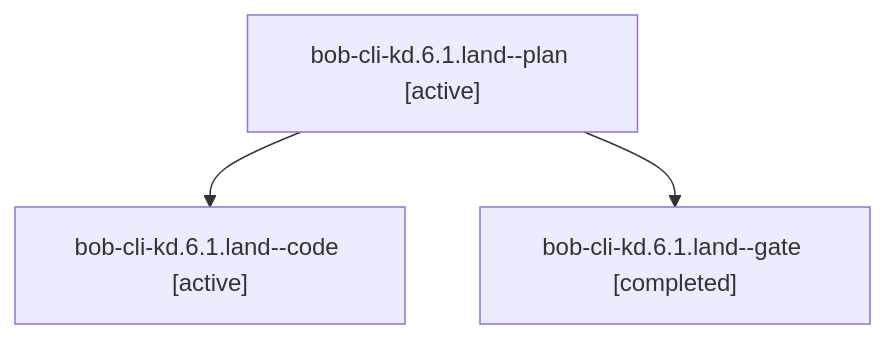
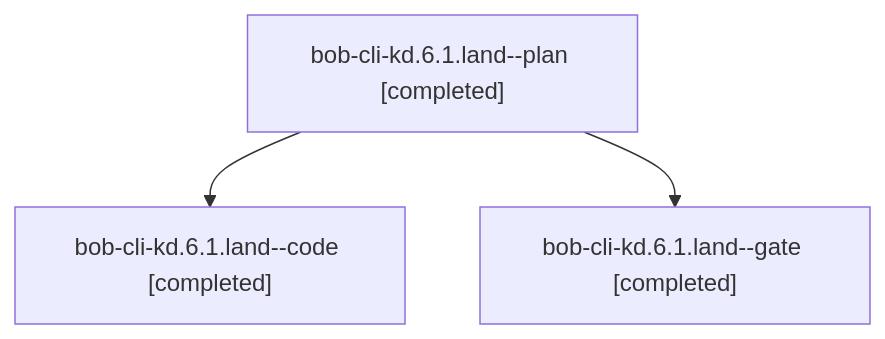
Before and after one commit to bobs-org/bob-cli--agents: the diagram in sessions/bbugyi200.athena.bob-cli-kd.6.1.land.md, drawn with Mermaid. The commit also changed other lines of this file and 66 other files, not shown here.

````diff
--- a/sessions/bbugyi200.athena.bob-cli-kd.6.1.land.md
+++ b/sessions/bbugyi200.athena.bob-cli-kd.6.1.land.md
@@ -9,8 +9,8 @@
 ```mermaid
 flowchart TD
-  n0["bob-cli-kd.6.1.land--plan [active]"]
-  n1["bob-cli-kd.6.1.land--code [active]"]
+  n0["bob-cli-kd.6.1.land--plan [completed]"]
+  n1["bob-cli-kd.6.1.land--code [completed]"]
   n0 --> n1
   n2["bob-cli-kd.6.1.land--gate [completed]"]
   n0 --> n2
 ```
````
